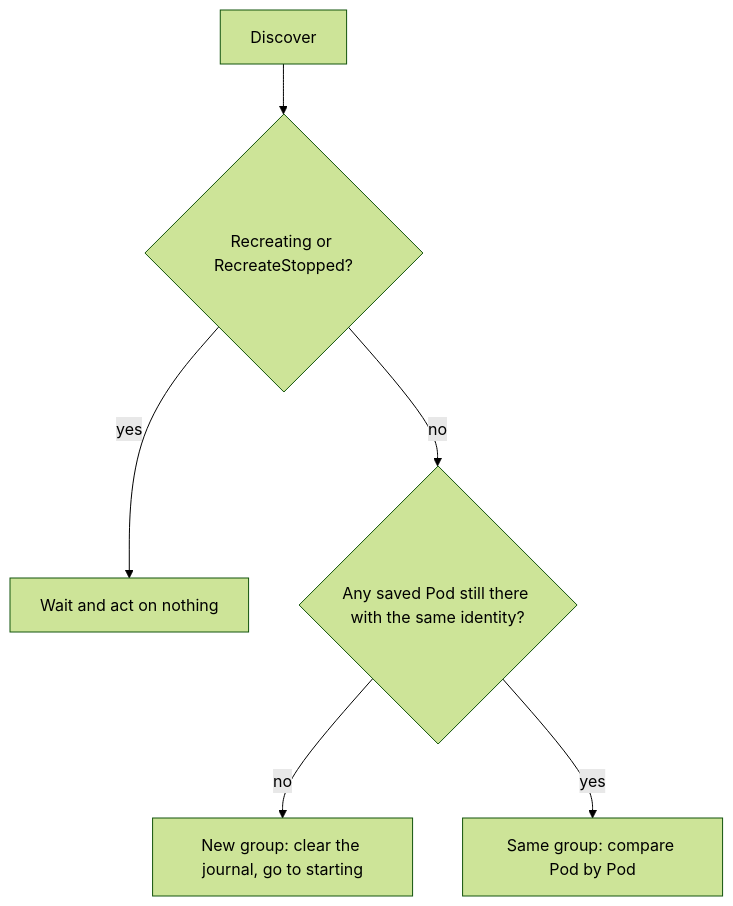
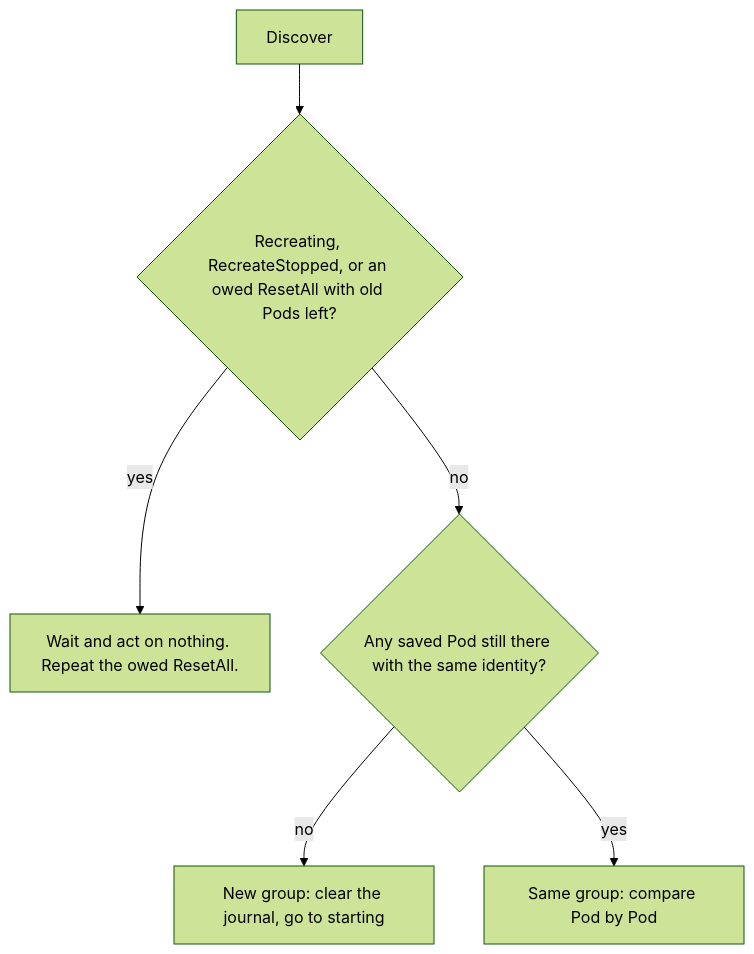
The second of 4 diagrams in docs/design/contracts/controller.md (Etelis/llm-d-resiliency-operator), drawn with Mermaid (forest theme) before and after one commit. The commit also changed other lines of this file and 2 other files, not shown here.

````diff
--- a/docs/design/contracts/controller.md
+++ b/docs/design/contracts/controller.md
@@ -192,8 +192,8 @@
 ```mermaid
 flowchart TD
-  A[Discover] --> R{Recreating or RecreateStopped?}
-  R -- yes --> W[Wait and act on nothing]
+  A[Discover] --> R{Recreating, RecreateStopped, or an owed ResetAll with old Pods left?}
+  R -- yes --> W[Wait and act on nothing. Repeat the owed ResetAll.]
   R -- no --> K{Any saved Pod still there with the same identity?}
   K -- no --> N[New group: clear the journal, go to starting]
   K -- yes --> P[Same group: compare Pod by Pod]
 ```
````
